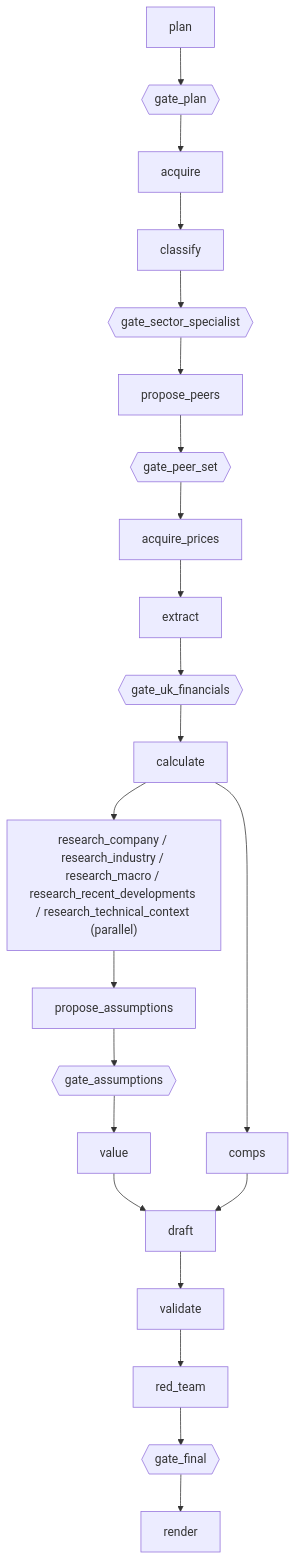
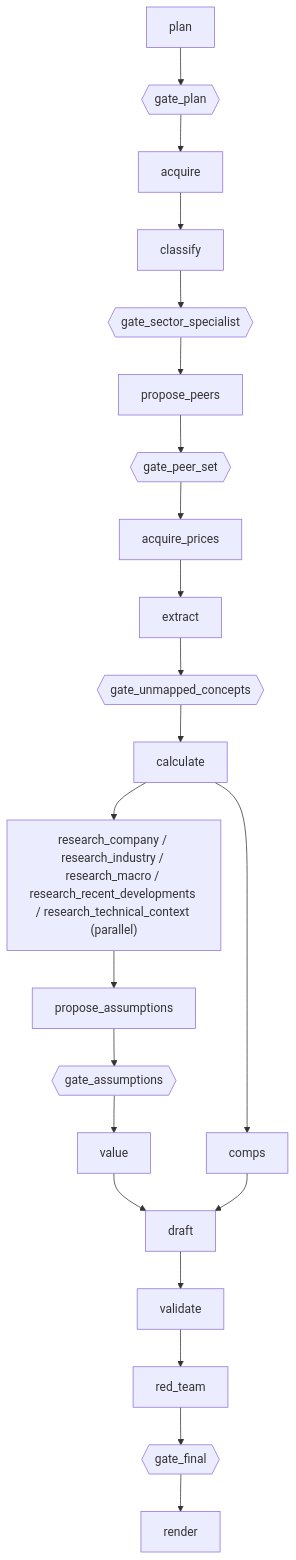
Before and after one commit to rzeminski16-cell/AgeanticInvestmentPlatform: the first of 2 diagrams in docs/knowledge-map.md, drawn with Mermaid. The commit also changed 1 other file, not shown here.

Commit message:
fix: the knowledge map's gate name, and a test that picked its fixture arbitrarily
Two failures the P8+P9 gate surfaced, neither a behavioural regression.

The knowledge map still drew gate_uk_financials, renamed by P9 — which
is exactly the drift test_knowledge_map.py exists to catch.

test_a_required_section_below_its_floor_escalates took its section from
an unordered LIMIT 1 over required definitions. P7's migration rewrote
every budgeted definition row, Postgres heap order moved with it, and
the arbitrary pick landed on validation_disagreements — a deterministic
section seeded min_sources: 0, so there was no floor to fall below and
the trigger was right not to fire. The selection now names what the
test means: required, carrying a source floor, ordered deterministically.
Same latent shape as the appendix-hash flake fixed in P2.

Claude-Session: https://claude.ai/code/session_01YMgxid1kC2itfHwfzPCEv6

````diff
--- a/docs/knowledge-map.md
+++ b/docs/knowledge-map.md
@@ -43,16 +43,16 @@
 ```mermaid
 flowchart TD
     plan --> gate_plan{{gate_plan}}
     gate_plan --> acquire --> classify
     classify --> gate_sector_specialist{{gate_sector_specialist}}
     gate_sector_specialist --> propose_peers --> gate_peer_set{{gate_peer_set}}
     gate_peer_set --> acquire_prices --> extract
-    extract --> gate_uk_financials{{gate_uk_financials}}
-    gate_uk_financials --> calculate
+    extract --> gate_unmapped_concepts{{gate_unmapped_concepts}}
+    gate_unmapped_concepts --> calculate
     calculate --> research["research_company / research_industry / research_macro / research_recent_developments / research_technical_context (parallel)"]
     calculate --> comps
     research --> propose_assumptions --> gate_assumptions{{gate_assumptions}}
     gate_assumptions --> value --> draft
     comps --> draft
     draft --> validate --> red_team --> gate_final{{gate_final}} --> render
 ```
````
